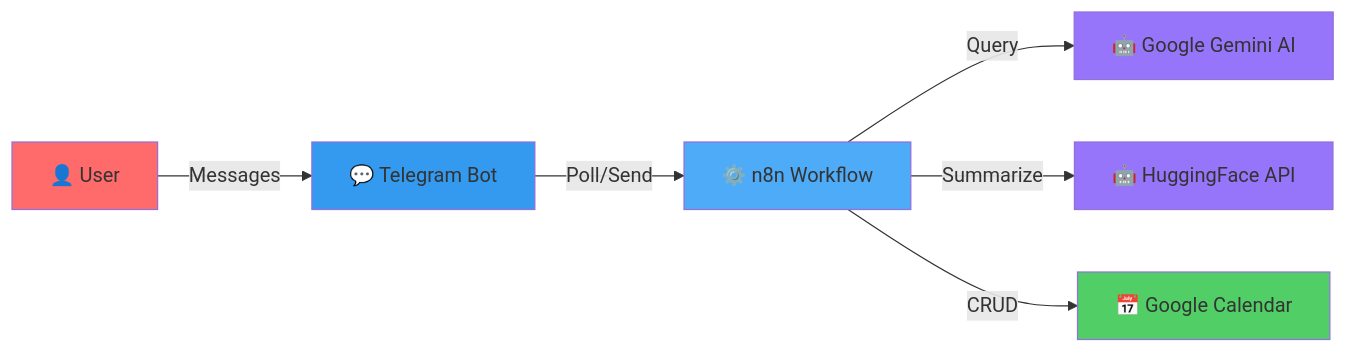
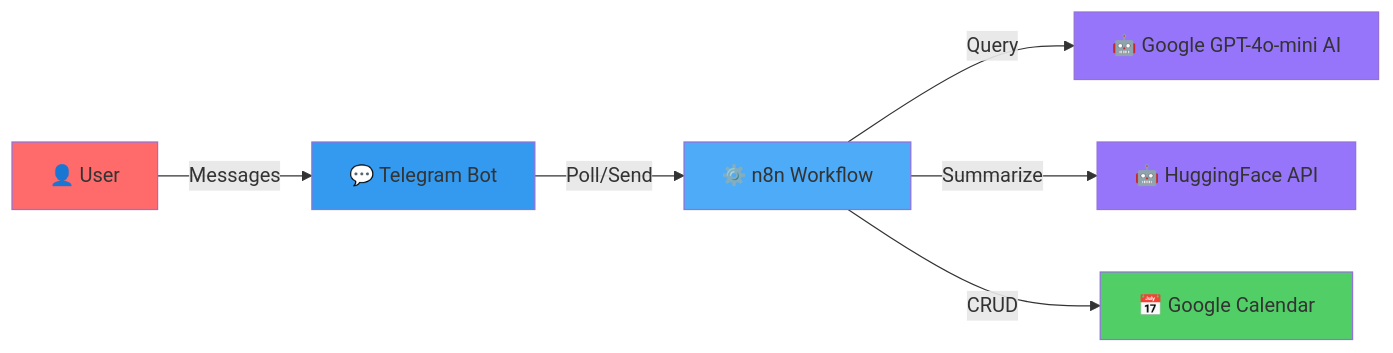
Before and after one commit to Ral151/AI-Workflow-Design: the diagram in README.md, drawn with Mermaid. The commit also changed other lines of this file, not shown here.

````diff
--- a/README.md
+++ b/README.md
@@ -58,15 +58,15 @@
 ```mermaid
 graph LR
     A[👤 User] -->|Messages| B[💬 Telegram Bot]
     B -->|Poll/Send| C[⚙️ n8n Workflow]
-    C -->|Query| D[🤖 Google Gemini AI]
+    C -->|Query| D[🤖 Google GPT-4o-mini AI]
     C -->|Summarize| E[🤖 HuggingFace API]
     C -->|CRUD| F[📅 Google Calendar]
     
     style A fill:#ff6b6b
     style B fill:#339af0
     style C fill:#4dabf7
     style D fill:#9775fa
     style E fill:#9775fa
     style F fill:#51cf66
 ```
````
